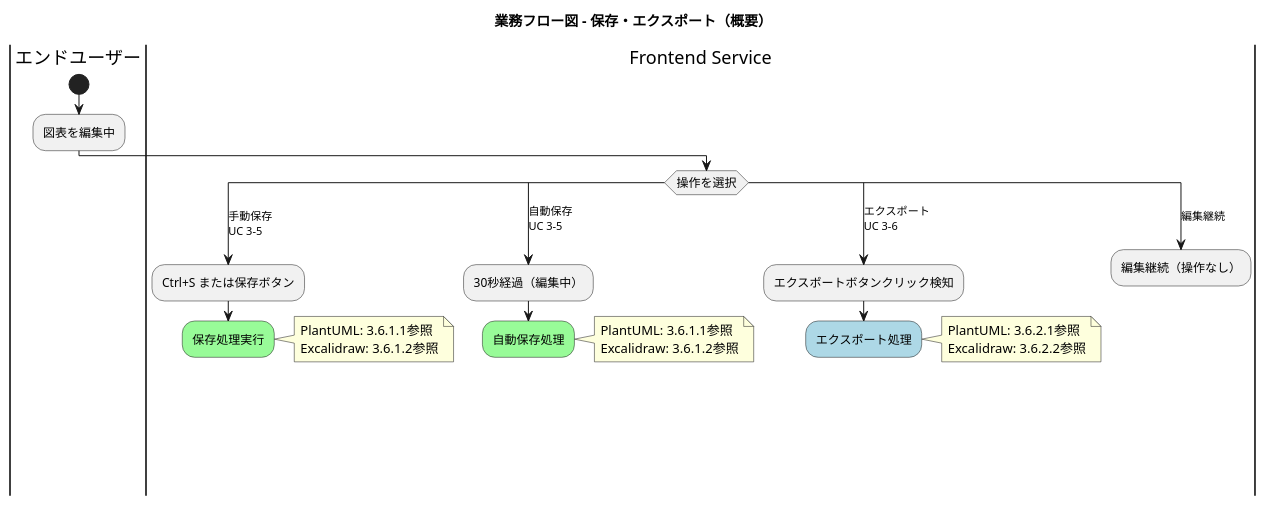
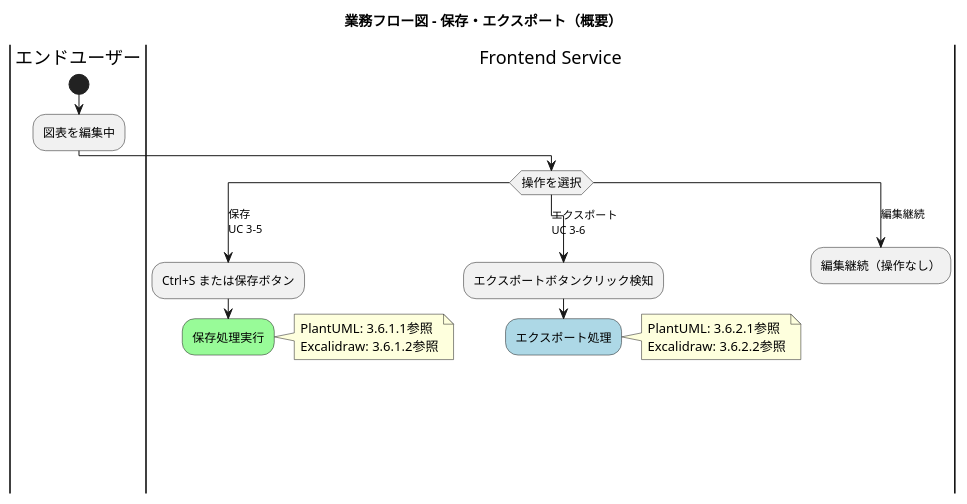
One commit to yoshiwo3/PlantUML2_Opus4.5 changed diagram 11 of 19 in docs/proposals/PlantUML_Studio_業務フロー図_20251201.md. Above: the diagram before and after it, drawn with PlantUML. The commit also changed other lines of this file and 14 other files, not shown here.

````diff
--- a/docs/proposals/PlantUML_Studio_業務フロー図_20251201.md
+++ b/docs/proposals/PlantUML_Studio_業務フロー図_20251201.md
@@ -1097,44 +1116,36 @@
 ```plantuml
 @startuml business_flow_save_export_overview
 skinparam ActivityFontSize 12
 skinparam ConditionEndStyle hline
 
 title 業務フロー図 - 保存・エクスポート（概要）
 
 |エンドユーザー|
 start
 :図表を編集中;
 
 |Frontend Service|
 switch (操作を選択)
-case (手動保存\nUC 3-5)
+case (保存\nUC 3-5)
   :Ctrl+S または保存ボタン;
   #palegreen:保存処理実行;
-  note right
-    PlantUML: 3.6.1.1参照
-    Excalidraw: 3.6.1.2参照
-  end note
-  detach
-case (自動保存\nUC 3-5)
-  :30秒経過（編集中）;
-  #palegreen:自動保存処理;
   note right
     PlantUML: 3.6.1.1参照
     Excalidraw: 3.6.1.2参照
   end note
   detach
 case (エクスポート\nUC 3-6)
   :エクスポートボタンクリック検知;
   #lightblue:エクスポート処理;
   note right
     PlantUML: 3.6.2.1参照
     Excalidraw: 3.6.2.2参照
   end note
   detach
 case (編集継続)
   :編集継続（操作なし）;
   detach
 endswitch
 
 @enduml
 ```
````
